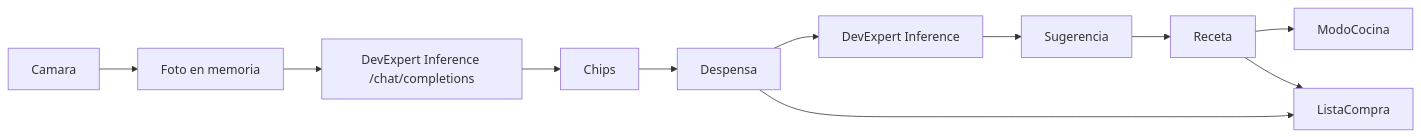
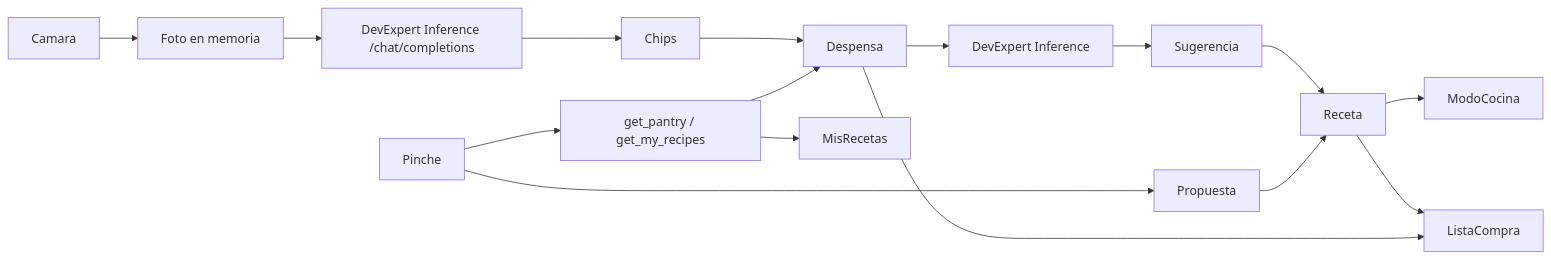
The diagram in docs/technical-discovery.md (danibelmonte17/What-s-for-lunch-), drawn with Mermaid before and after one commit. The commit also changed other lines of this file and 9 other files, not shown here.

````diff
--- a/docs/technical-discovery.md
+++ b/docs/technical-discovery.md
@@ -132,8 +143,11 @@
 ```mermaid
 flowchart LR
   Camara --> Foto["Foto en memoria"] --> VisionIA["DevExpert Inference /chat/completions"] --> Chips --> Despensa
   Despensa --> DevExpertInference["DevExpert Inference"] --> Sugerencia --> Receta
+  Pinche["Pinche"] --> Tools["get_pantry / get_my_recipes"] --> Despensa
+  Tools --> MisRecetas
+  Pinche --> Propuesta --> Receta
   Receta --> ModoCocina
   Receta --> ListaCompra
   Despensa --> ListaCompra
 ```
````
